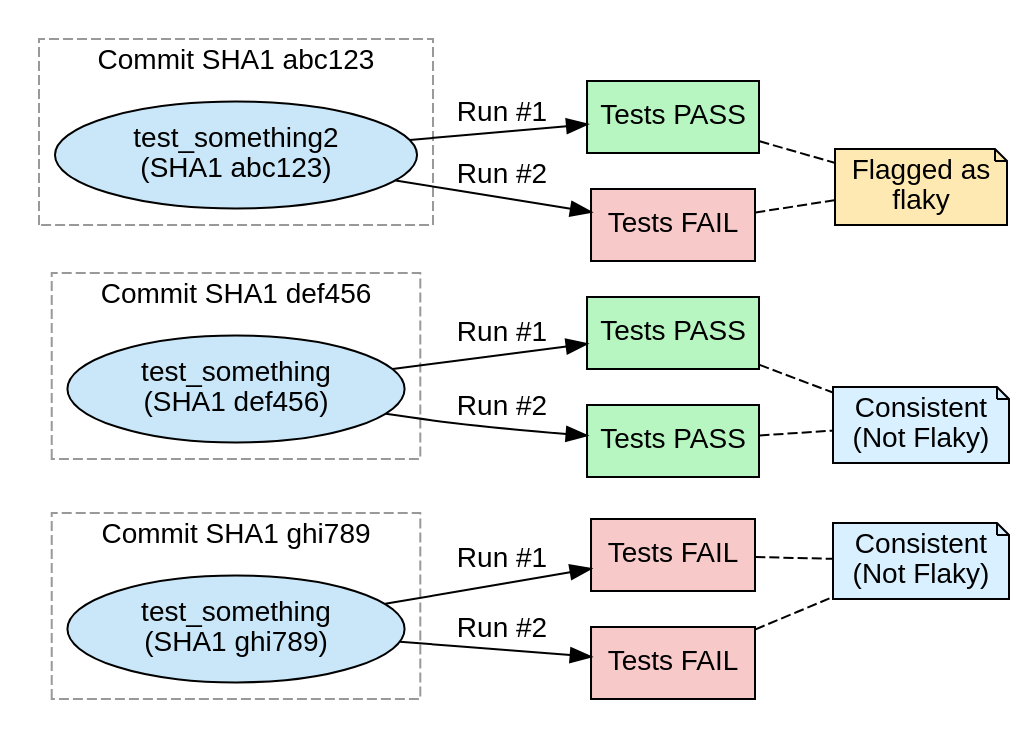
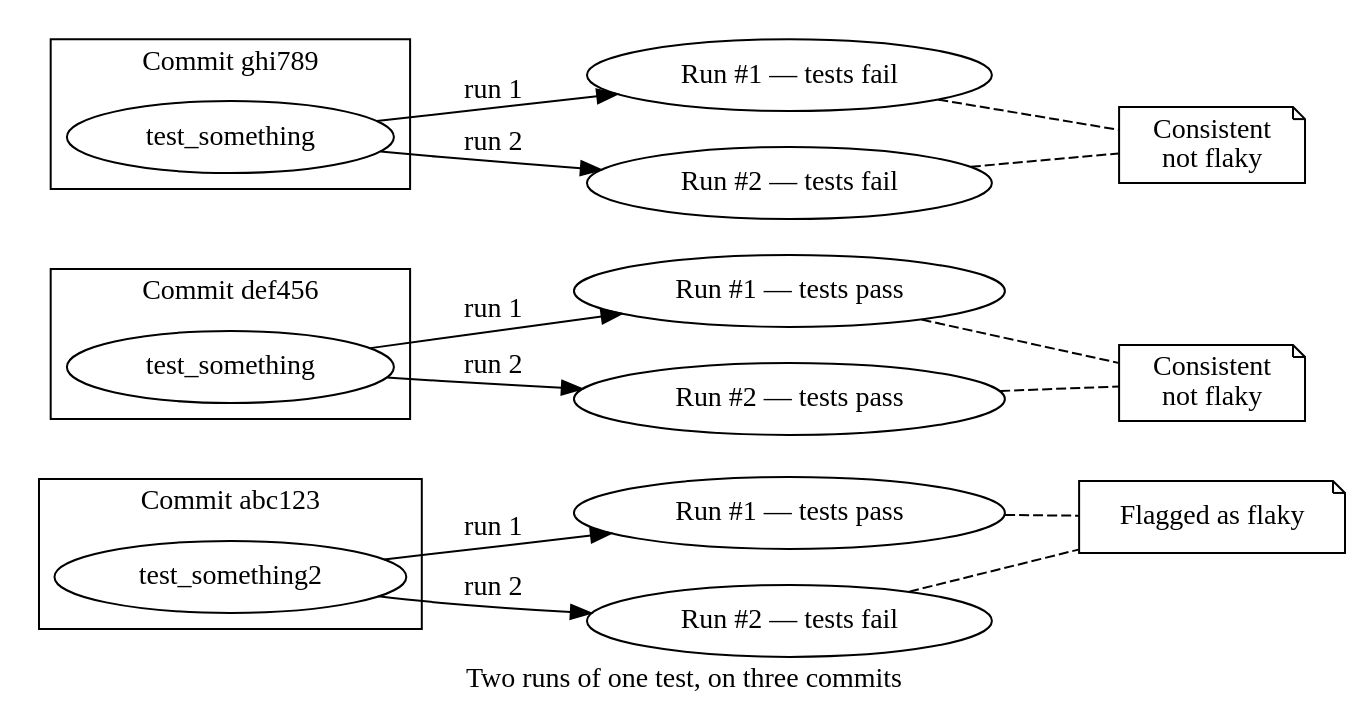
Before and after one commit to Mergifyio/docs: the diagram in src/content/docs/ci-insights/flaky-test-detection.mdx, drawn with Graphviz. The commit also changed 20 other files, not shown here.

````diff
--- a/src/content/docs/ci-insights/flaky-test-detection.mdx
+++ b/src/content/docs/ci-insights/flaky-test-detection.mdx
@@ -33,64 +33,48 @@
-```dot class="graph"
-strict digraph flaky {
+```dot class="queue"
+digraph {
+  label="Two runs of one test, on three commits";
   rankdir=LR;
-  fontname="sans-serif";
-  node [style=filled, shape=box, fontname="sans-serif", color="black", fontcolor="black"];
-  edge [color="black", fontname="sans-serif"];
 
-  // Non-flaky example (third commit, consistent FAIL results)
+  subgraph cluster_commit1 {
+    class="batch";
+    label="Commit abc123";
+    commit1 [label="test_something2", shape=oval, class="config"];
+  }
+  run1 [label="Run #1 — tests pass", class="merged"];
+  run2 [label="Run #2 — tests fail", class="failed"];
+  detector [label="Flagged as flaky", shape=note, class="pending"];
+  commit1 -> run1 [label="  run 1"];
+  commit1 -> run2 [label="  run 2"];
+  { rank=same; run1; run2; }
+  run1 -> detector [class="muted", style=dashed, arrowhead=none];
+  run2 -> detector [class="muted", style=dashed, arrowhead=none];
+
+  subgraph cluster_commit2 {
+    class="batch";
+    label="Commit def456";
+    commit2 [label="test_something", shape=oval, class="config"];
+  }
+  run3 [label="Run #1 — tests pass", class="merged"];
+  run4 [label="Run #2 — tests pass", class="merged"];
+  stable [label="Consistent\nnot flaky", shape=note, class="external"];
+  commit2 -> run3 [label="  run 1"];
+  commit2 -> run4 [label="  run 2"];
+  { rank=same; run3; run4; }
+  run3 -> stable [class="muted", style=dashed, arrowhead=none];
+  run4 -> stable [class="muted", style=dashed, arrowhead=none];
+
   subgraph cluster_commit3 {
-    label="Commit SHA1 ghi789";
-    fontname="sans-serif";
-    color="#999999";
-    style=dashed;
-    commit3 [label="test_something\n(SHA1 ghi789)", shape=oval, fillcolor="#C9E7F8"];
+    class="batch";
+    label="Commit ghi789";
+    commit3 [label="test_something", shape=oval, class="config"];
   }
-
-  commit3 -> run5 [label="Run #1", arrowhead=normal];
-  commit3 -> run6 [label="Run #2", arrowhead=normal];
-  run5 [label="Tests FAIL", fillcolor="#F8C9C9"];
-  run6 [label="Tests FAIL", fillcolor="#F8C9C9"];
-  {rank=same; run5; run6}
-  stable2 [label="Consistent\n(Not Flaky)", shape=note, fillcolor="#D8F0FF"];
-  run5 -> stable2 [style=dashed, arrowhead=none];
-  run6 -> stable2 [style=dashed, arrowhead=none];
-
-  // Non-flaky example (different commit, consistent PASS results)
-  subgraph cluster_commit2 {
-    label="Commit SHA1 def456";
-    fontname="sans-serif";
-    color="#999999";
-    style=dashed;
-    commit2 [label="test_something\n(SHA1 def456)", shape=oval, fillcolor="#C9E7F8"];
-  }
-
-  commit2 -> run3 [label="Run #1", arrowhead=normal];
-  commit2 -> run4 [label="Run #2", arrowhead=normal];
-  run3 [label="Tests PASS", fillcolor="#B7F5C1"];
-  run4 [label="Tests PASS", fillcolor="#B7F5C1"];
-  {rank=same; run3; run4}
-  stable [label="Consistent\n(Not Flaky)", shape=note, fillcolor="#D8F0FF"];
-  run3 -> stable [style=dashed, arrowhead=none];
-  run4 -> stable [style=dashed, arrowhead=none];
-
-
-  // Flaky example (same commit, differing results)
-  subgraph cluster_commit1 {
-    label="Commit SHA1 abc123";
-    fontname="sans-serif";
-    color="#999999";
-    style=dashed;
-    commit1 [label="test_something2\n(SHA1 abc123)", shape=oval, fillcolor="#C9E7F8"];
-  }
-
-  commit1 -> run1 [label="Run #1", arrowhead=normal];
-  commit1 -> run2 [label="Run #2", arrowhead=normal];
-  run1 [label="Tests PASS", fillcolor="#B7F5C1"];
-  run2 [label="Tests FAIL", fillcolor="#F8C9C9"];
-  {rank=same; run1; run2}
-  detector [label="Flagged as\nflaky", shape=note, fillcolor="#FFE9B3"];
-  run1 -> detector [style=dashed, arrowhead=none];
-  run2 -> detector [style=dashed, arrowhead=none];
-
+  run5 [label="Run #1 — tests fail", class="failed"];
+  run6 [label="Run #2 — tests fail", class="failed"];
+  stable2 [label="Consistent\nnot flaky", shape=note, class="external"];
+  commit3 -> run5 [label="  run 1"];
+  commit3 -> run6 [label="  run 2"];
+  { rank=same; run5; run6; }
+  run5 -> stable2 [class="muted", style=dashed, arrowhead=none];
+  run6 -> stable2 [class="muted", style=dashed, arrowhead=none];
 }
 ```
````
